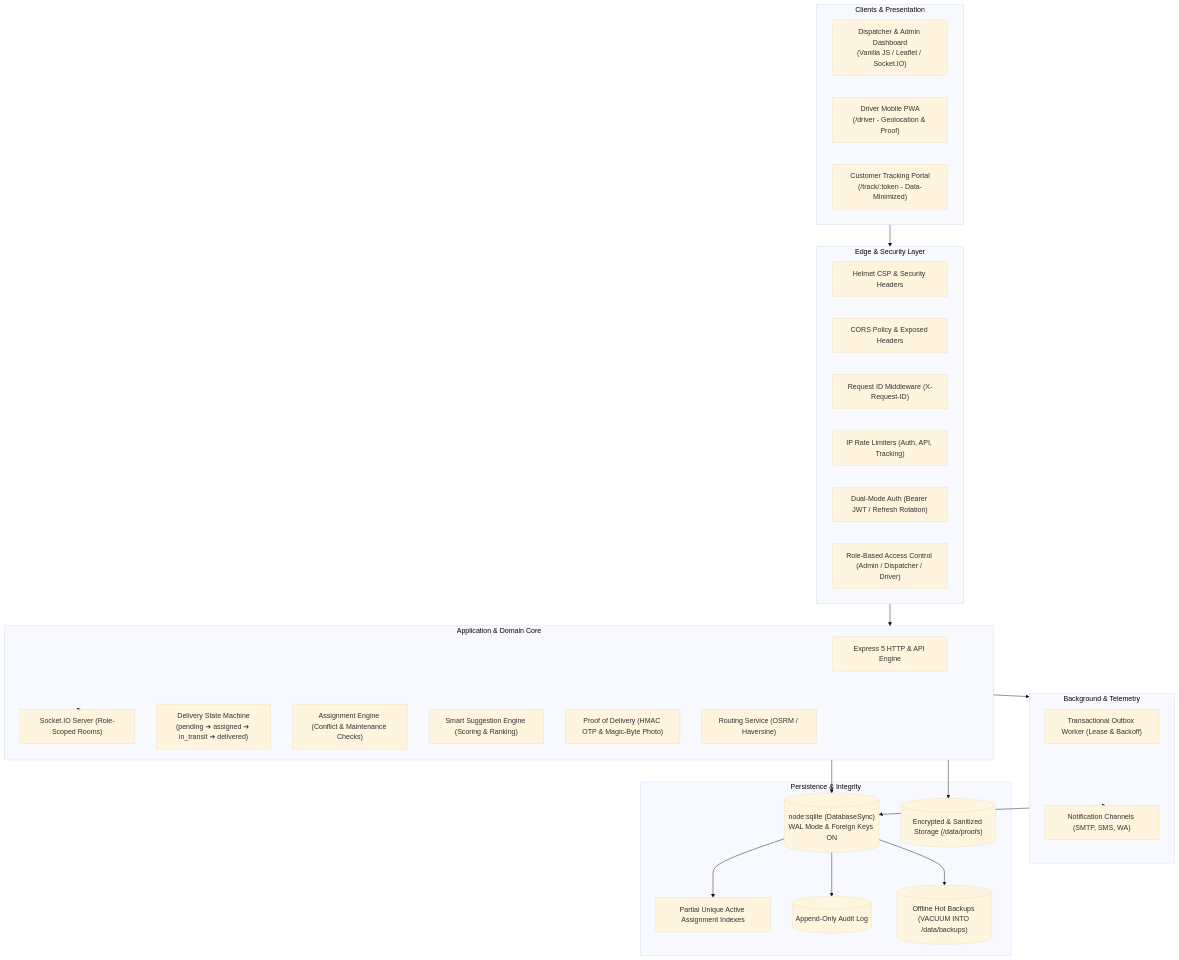
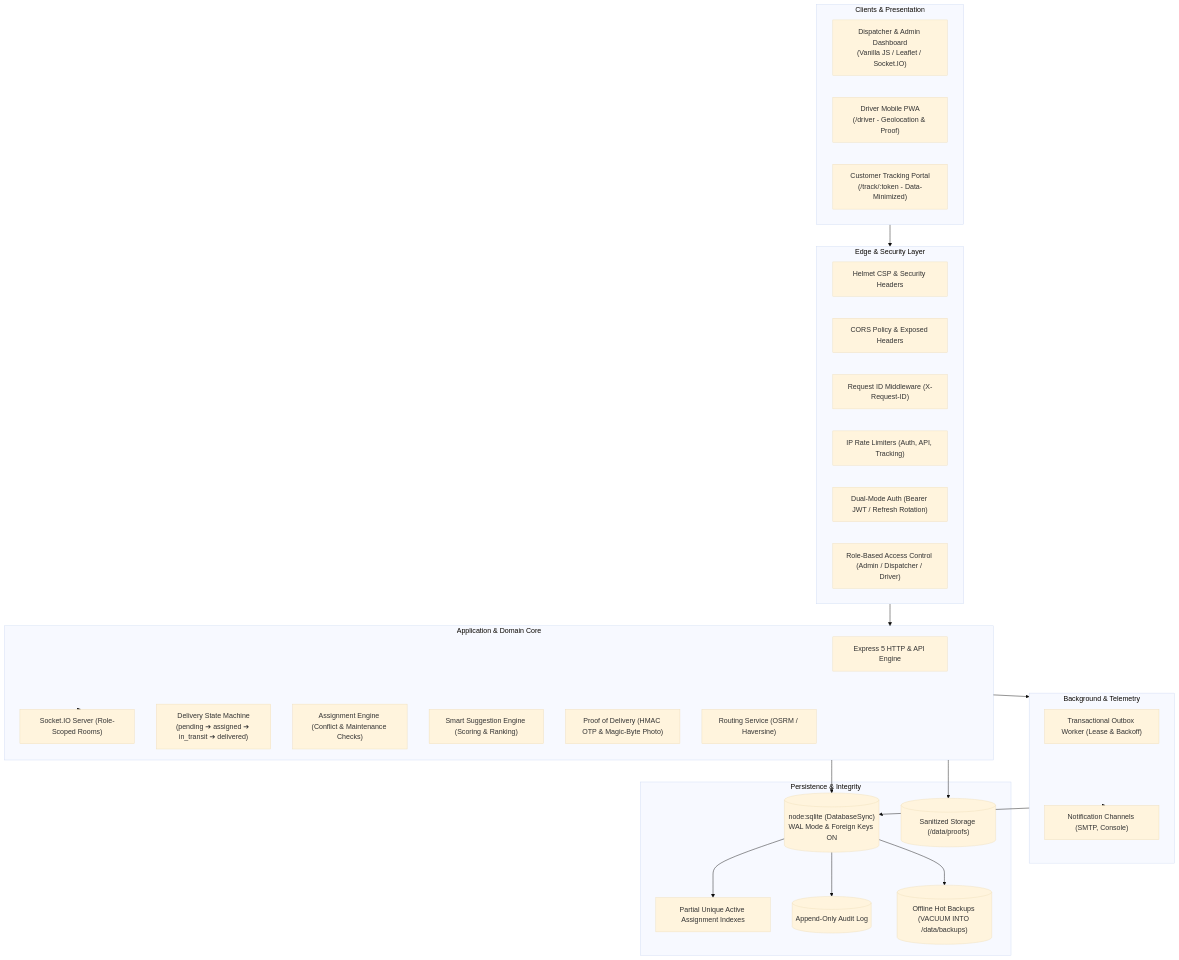
The diagram in README.md (sandipsahofficial/FleetWise-Vehicle-Delivery-Assignment-System), drawn with Mermaid (base theme) before and after one commit. The commit also changed other lines of this file and 4 other files, not shown here.

````diff
--- a/README.md
+++ b/README.md
@@ -9,52 +14,52 @@
 ```mermaid
 flowchart TD
     subgraph Clients["Clients & Presentation"]
         AdminUI["Dispatcher & Admin Dashboard<br/>(Vanilla JS / Leaflet / Socket.IO)"]
         DriverPWA["Driver Mobile PWA<br/>(/driver - Geolocation & Proof)"]
         CustomerUI["Customer Tracking Portal<br/>(/track/:token - Data-Minimized)"]
     end
 
     subgraph Security["Edge & Security Layer"]
         Helmet["Helmet CSP & Security Headers"]
         Cors["CORS Policy & Exposed Headers"]
         ReqId["Request ID Middleware (X-Request-ID)"]
         RateLimiter["IP Rate Limiters (Auth, API, Tracking)"]
         AuthBridge["Dual-Mode Auth (Bearer JWT / Refresh Rotation)"]
         RBAC["Role-Based Access Control (Admin / Dispatcher / Driver)"]
     end
 
     subgraph CoreEngine["Application & Domain Core"]
         AppServer["Express 5 HTTP & API Engine"]
         RealtimeCore["Socket.IO Server (Role-Scoped Rooms)"]
         StateEngine["Delivery State Machine<br/>(pending ➔ assigned ➔ in_transit ➔ delivered)"]
         AssignEngine["Assignment Engine (Conflict & Maintenance Checks)"]
         SuggestEngine["Smart Suggestion Engine (Scoring & Ranking)"]
         ProofEngine["Proof of Delivery (HMAC OTP & Magic-Byte Photo)"]
         RoutingEngine["Routing Service (OSRM / Haversine)"]
     end
 
     subgraph AsyncWorker["Background & Telemetry"]
         OutboxWorker["Transactional Outbox Worker (Lease & Backoff)"]
-        NotificationProviders["Notification Channels (SMTP, SMS, WA)"]
+        NotificationProviders["Notification Channels (SMTP, Console)"]
     end
 
     subgraph Storage["Persistence & Integrity"]
         SQLite[("node:sqlite (DatabaseSync)<br/>WAL Mode & Foreign Keys ON")]
         Indexes["Partial Unique Active Assignment Indexes"]
         AuditTrail[("Append-Only Audit Log")]
-        ProofsDir[("Encrypted & Sanitized Storage (/data/proofs)")]
+        ProofsDir[("Sanitized Storage (/data/proofs)")]
         Backups[("Offline Hot Backups (VACUUM INTO /data/backups)")]
     end
 
     Clients --> Security
     Security --> CoreEngine
     CoreEngine --> SQLite
     CoreEngine --> RealtimeCore
     CoreEngine --> ProofsDir
     CoreEngine --> AsyncWorker
     AsyncWorker --> NotificationProviders
     AsyncWorker --> SQLite
     SQLite --> Indexes
     SQLite --> AuditTrail
     SQLite --> Backups
 ```
````
